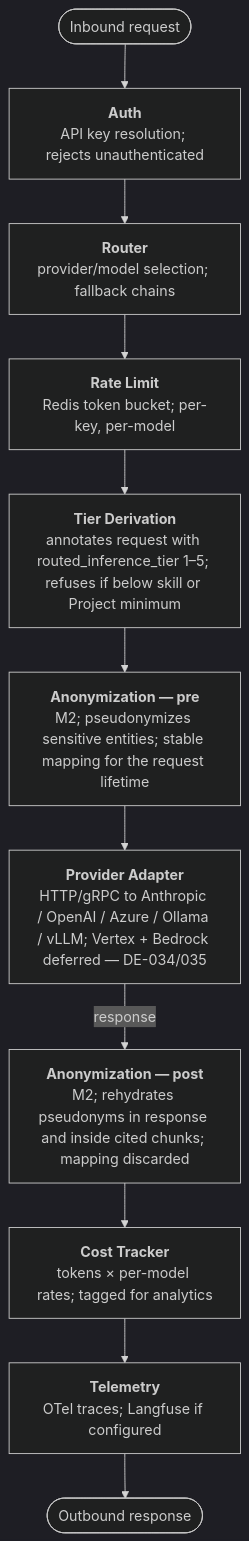
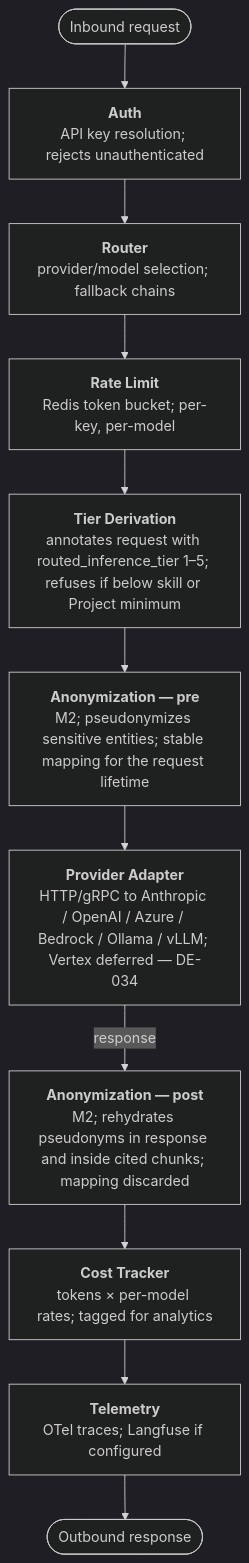
One commit to LegalQuants/lq-ai changed the third of 3 diagrams in docs/architecture.md. Above: the diagram before and after it, drawn with Mermaid (dark theme). The commit also changed other lines of this file and 37 other files, not shown here.

````diff
--- a/docs/architecture.md
+++ b/docs/architecture.md
@@ -320,24 +320,24 @@
 ```mermaid
 flowchart TB
     accTitle: The Inference Gateway pipeline
     accDescr: Every inbound request passes through Auth, Router, Rate Limit, Tier Derivation and Anonymization (pre) to the Provider Adapter. The response then passes through Anonymization (post), Cost Tracker and Telemetry before it returns as the outbound response.
     inbound(["Inbound request"]) --> auth
     auth["`**Auth**
 API key resolution; rejects unauthenticated`"] --> router
     router["`**Router**
 provider/model selection; fallback chains`"] --> ratelimit
     ratelimit["`**Rate Limit**
 Redis token bucket; per-key, per-model`"] --> tier
     tier["`**Tier Derivation**
 annotates request with routed_inference_tier 1–5; refuses if below skill or Project minimum`"] --> anonpre
     anonpre["`**Anonymization — pre**
 M2; pseudonymizes sensitive entities; stable mapping for the request lifetime`"] --> adapter
     adapter["`**Provider Adapter**
-HTTP/gRPC to Anthropic / OpenAI / Azure / Ollama / vLLM; Vertex + Bedrock deferred — DE-034/035`"] -->|response| anonpost
+HTTP/gRPC to Anthropic / OpenAI / Azure / Bedrock / Ollama / vLLM; Vertex deferred — DE-034`"] -->|response| anonpost
     anonpost["`**Anonymization — post**
 M2; rehydrates pseudonyms in response and inside cited chunks; mapping discarded`"] --> cost
     cost["`**Cost Tracker**
 tokens × per-model rates; tagged for analytics`"] --> telemetry
     telemetry["`**Telemetry**
 OTel traces; Langfuse if configured`"] --> outbound(["Outbound response"])
 ```
````
